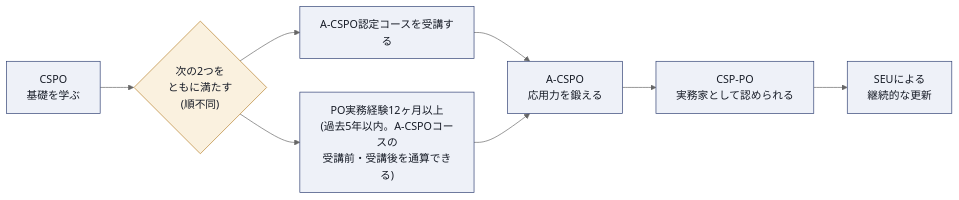
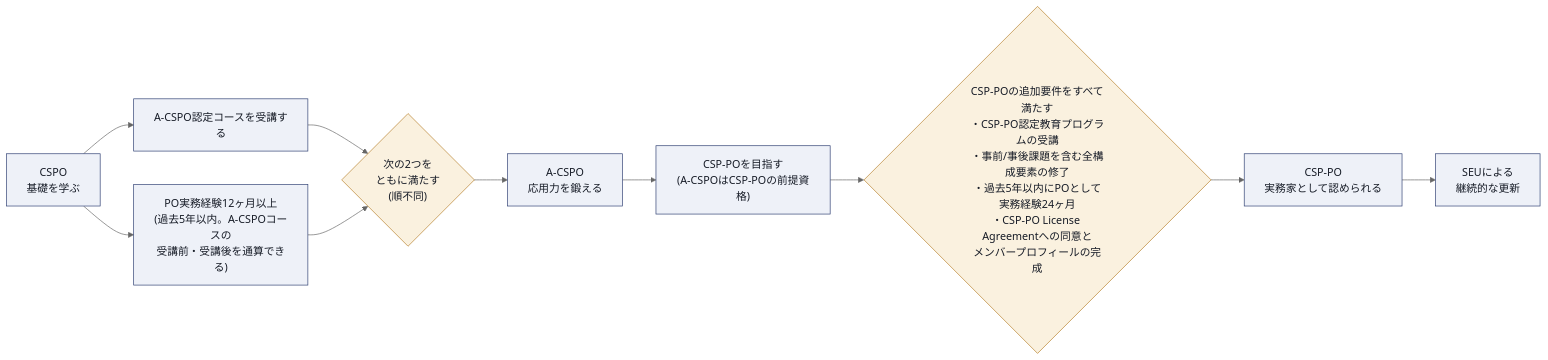
Before and after one commit to myoshi2891/Management-Team-Building-Studies: the first of 17 diagrams in A-cspo-advanced-certified-scrum-product-owner-study-guide.md, drawn with Mermaid (neutral theme). The commit also changed other lines of this file, not shown here.

Commit message:
docs(a-cspo): CSP-PO要件フロー・キャリアパス図の更新とCTC/CECリンク追加
- 受験要件フロー図にCSP-POへの移行要件（コース受講、実務24ヶ月、同意書等）を追加
- キャリアパス図でCTC/CECを「新規申請を停止した旧資格」として明示し、スタイルを引退扱いに変更
- 参考文献およびソース一覧にCEC/CTCプログラム更新に関するScrum Alliance Help Centerリンクを追加

````diff
--- a/A-cspo-advanced-certified-scrum-product-owner-study-guide.md
+++ b/A-cspo-advanced-certified-scrum-product-owner-study-guide.md
@@ -51,15 +51,17 @@
 ```mermaid
 flowchart LR
-    A["CSPO<br/>基礎を学ぶ"] --> G{"次の2つを<br/>ともに満たす<br/>(順不同)"}
-    G --> R1["A-CSPO認定コースを受講する"]
-    G --> R2["PO実務経験12ヶ月以上<br/>(過去5年以内。A-CSPOコースの<br/>受講前・受講後を通算できる)"]
-    R1 --> C["A-CSPO<br/>応用力を鍛える"]
-    R2 --> C
-    C --> D["CSP-PO<br/>実務家として認められる"]
+    A["CSPO<br/>基礎を学ぶ"] --> R1["A-CSPO認定コースを受講する"]
+    A --> R2["PO実務経験12ヶ月以上<br/>(過去5年以内。A-CSPOコースの<br/>受講前・受講後を通算できる)"]
+    R1 --> G{"次の2つを<br/>ともに満たす<br/>(順不同)"}
+    R2 --> G
+    G --> C["A-CSPO<br/>応用力を鍛える"]
+    C --> N["CSP-POを目指す<br/>(A-CSPOはCSP-POの前提資格)"]
+    N --> REQ{"CSP-POの追加要件をすべて満たす<br/>・CSP-PO認定教育プログラムの受講<br/>・事前/事後課題を含む全構成要素の修了<br/>・過去5年以内にPOとして実務経験24ヶ月<br/>・CSP-PO License Agreementへの同意と<br/>メンバープロフィールの完成"}
+    REQ --> D["CSP-PO<br/>実務家として認められる"]
     D --> E["SEUによる<br/>継続的な更新"]
 
     classDef step fill:#EEF1F8,stroke:#2E3F72,color:#161B26
     classDef gate fill:#FAF1DF,stroke:#B8802A,color:#161B26
-    class A,R1,R2,C,D,E step
-    class G gate
+    class A,R1,R2,C,N,D,E step
+    class G,REQ gate
 ```
````
